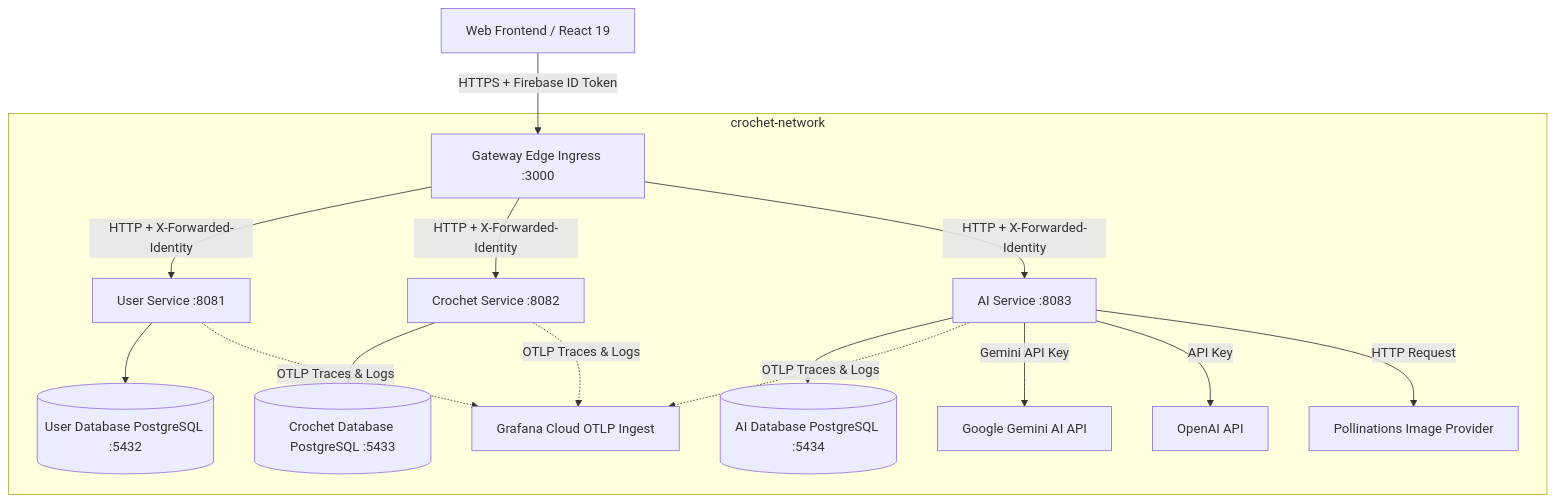
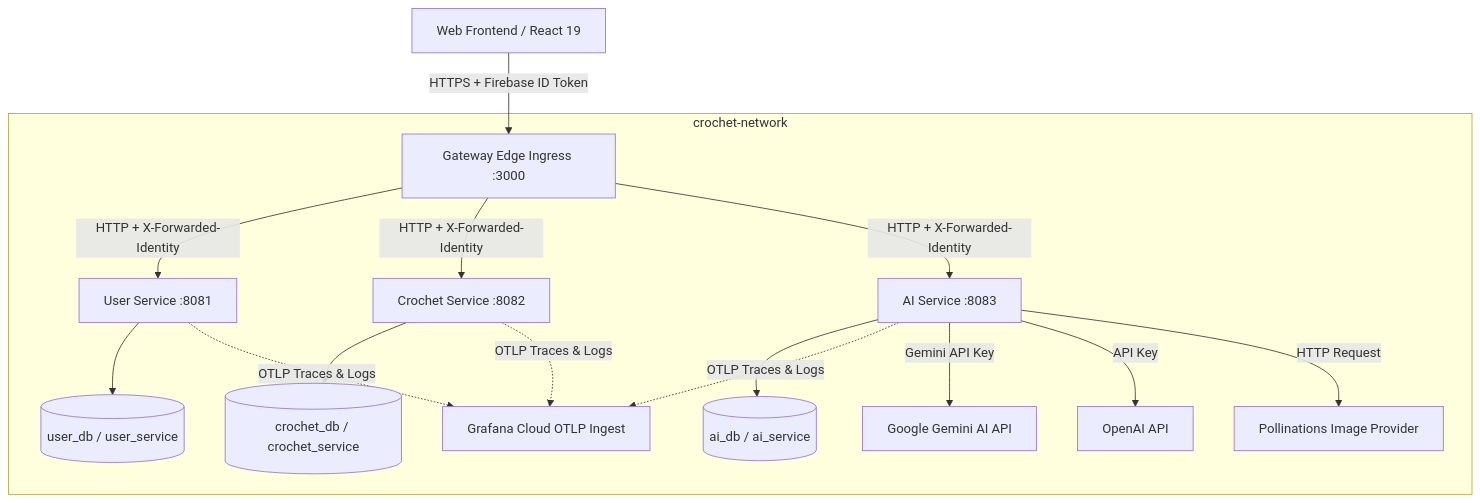
Before and after one commit to shruti910/my-yarn-diary: the diagram in README.md, drawn with Mermaid. The commit also changed other lines of this file and 12 other files, not shown here.

Commit message:
refactor: unify PostgreSQL database configuration and update Docker Compose for shared service schemas

````diff
--- a/README.md
+++ b/README.md
@@ -11,22 +11,22 @@
 ```mermaid
 graph TD
     Client[Web Frontend / React 19] -->|HTTPS + Firebase ID Token| Gateway[Gateway Edge Ingress :3000]
     
     subgraph Private Container Network [crochet-network]
         Gateway -->|HTTP + X-Forwarded-Identity| UserService[User Service :8081]
         Gateway -->|HTTP + X-Forwarded-Identity| CrochetService[Crochet Service :8082]
         Gateway -->|HTTP + X-Forwarded-Identity| AiService[AI Service :8083]
         
-        UserService --> UserDb[(User Database PostgreSQL :5432)]
-        CrochetService --> CrochetDb[(Crochet Database PostgreSQL :5433)]
-        AiService --> AiDb[(AI Database PostgreSQL :5434)]
+        UserService --> UserDb[(user_db / user_service)]
+        CrochetService --> CrochetDb[(crochet_db / crochet_service)]
+        AiService --> AiDb[(ai_db / ai_service)]
         
         UserService -.->|OTLP Traces & Logs| OTelCollector[Grafana Cloud OTLP Ingest]
         CrochetService -.->|OTLP Traces & Logs| OTelCollector
         AiService -.->|OTLP Traces & Logs| OTelCollector
         
         AiService -->|Gemini API Key| Gemini[Google Gemini AI API]
         AiService -->|API Key| OpenAi[OpenAI API]
         AiService -->|HTTP Request| Pollinations[Pollinations Image Provider]
     end
 ```
````
